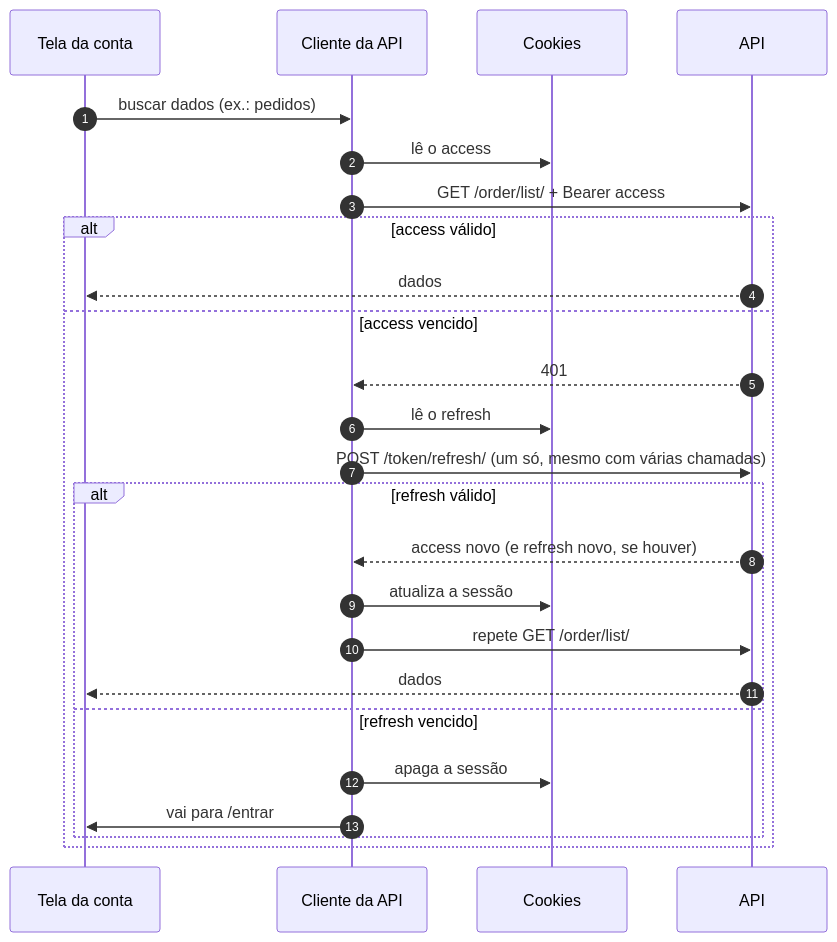
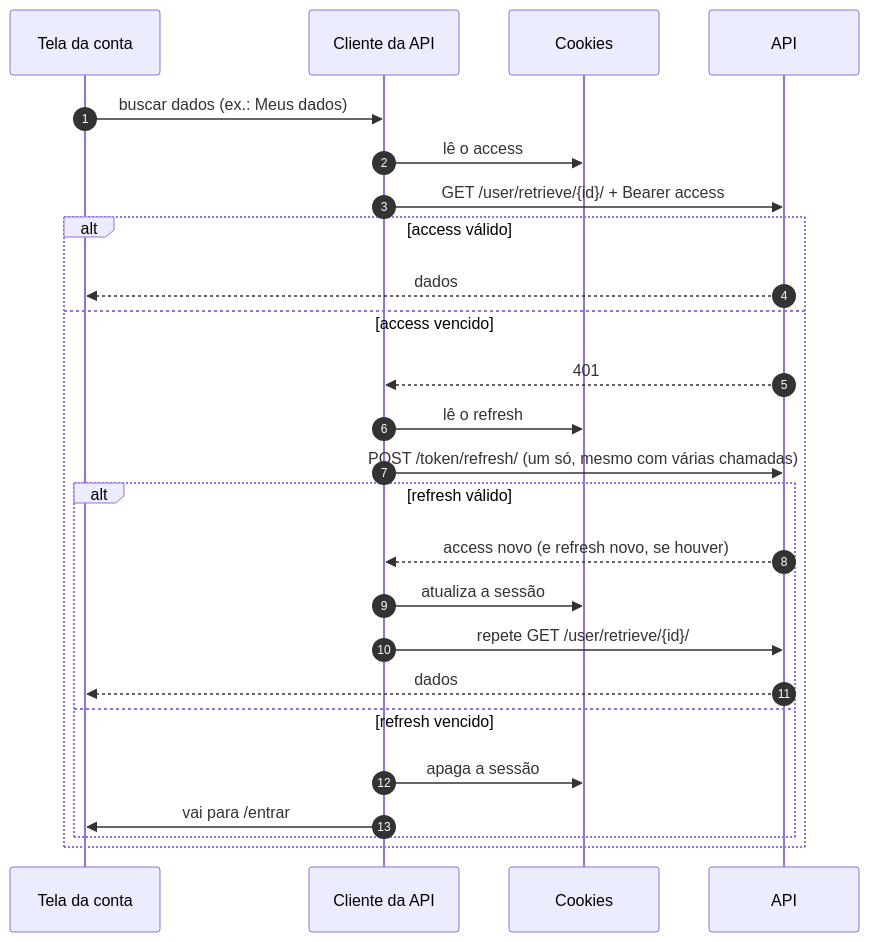
One commit to vinicius-fernandes-checkauto/checkauto-site changed the fourth of 10 diagrams in docs/fluxo-auth.md. Above: the diagram before and after it, drawn with Mermaid. The commit also changed other lines of this file and 23 other files, not shown here.

````diff
--- a/docs/fluxo-auth.md
+++ b/docs/fluxo-auth.md
@@ -114,28 +114,28 @@
 ```mermaid
 sequenceDiagram
     autonumber
     participant Tela as Tela da conta
     participant Site as Cliente da API
     participant K as Cookies
     participant API as API
 
-    Tela->>Site: buscar dados (ex.: pedidos)
+    Tela->>Site: buscar dados (ex.: Meus dados)
     Site->>K: lê o access
-    Site->>API: GET /order/list/ + Bearer access
+    Site->>API: GET /user/retrieve/{id}/ + Bearer access
     alt access válido
         API-->>Tela: dados
     else access vencido
         API-->>Site: 401
         Site->>K: lê o refresh
         Site->>API: POST /token/refresh/ (um só, mesmo com várias chamadas)
         alt refresh válido
             API-->>Site: access novo (e refresh novo, se houver)
             Site->>K: atualiza a sessão
-            Site->>API: repete GET /order/list/
+            Site->>API: repete GET /user/retrieve/{id}/
             API-->>Tela: dados
         else refresh vencido
             Site->>K: apaga a sessão
             Site->>Tela: vai para /entrar
         end
     end
 ```
````
